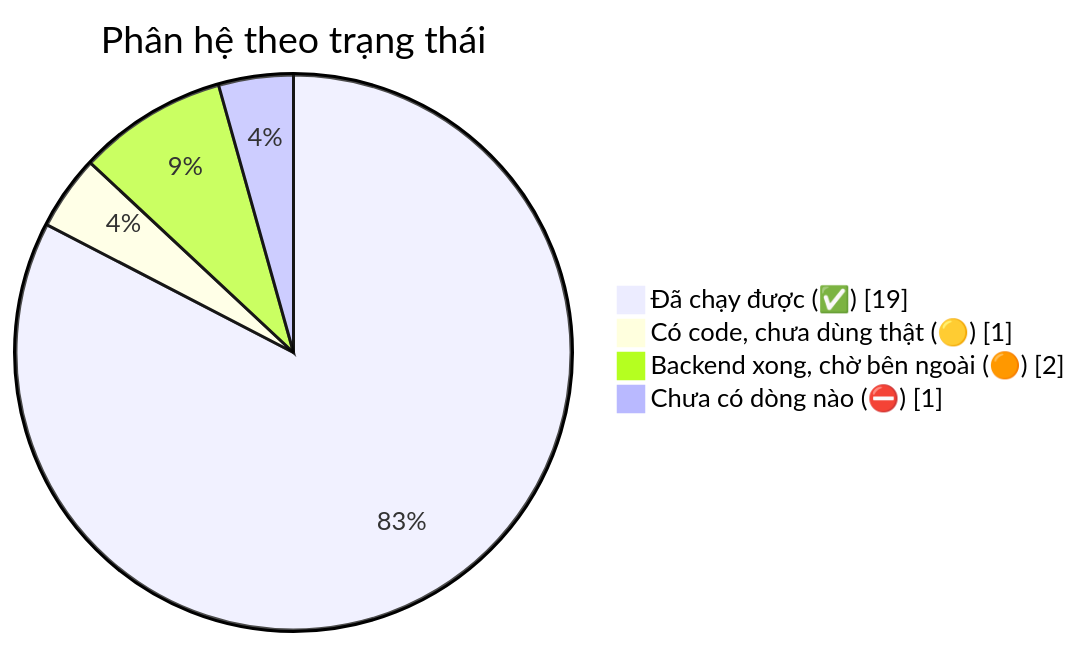
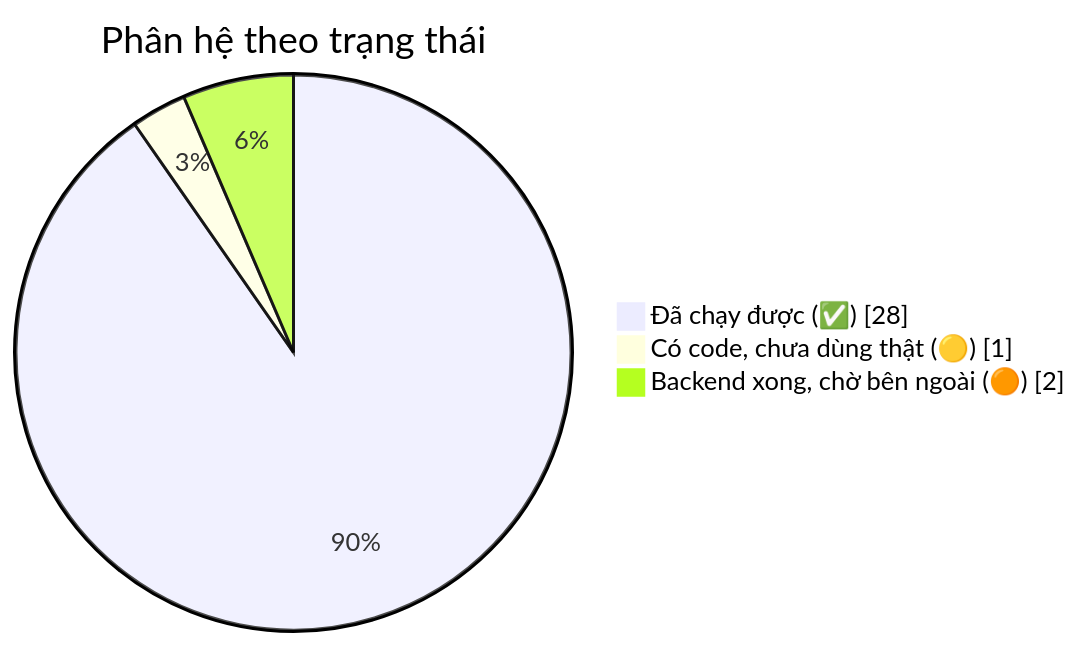
The fourth of 4 diagrams in docs/diagram/20-overview.md (fdshn/trueheart), drawn with Mermaid before and after one commit. The commit also changed other lines of this file and 49 other files, not shown here.

````diff
--- a/docs/diagram/20-overview.md
+++ b/docs/diagram/20-overview.md
@@ -141,8 +149,7 @@
 ```mermaid
 pie showData
     title Phân hệ theo trạng thái
-    "Đã chạy được (✅)" : 19
+    "Đã chạy được (✅)" : 28
     "Có code, chưa dùng thật (🟡)" : 1
     "Backend xong, chờ bên ngoài (🟠)" : 2
-    "Chưa có dòng nào (⛔)" : 1
 ```
````
